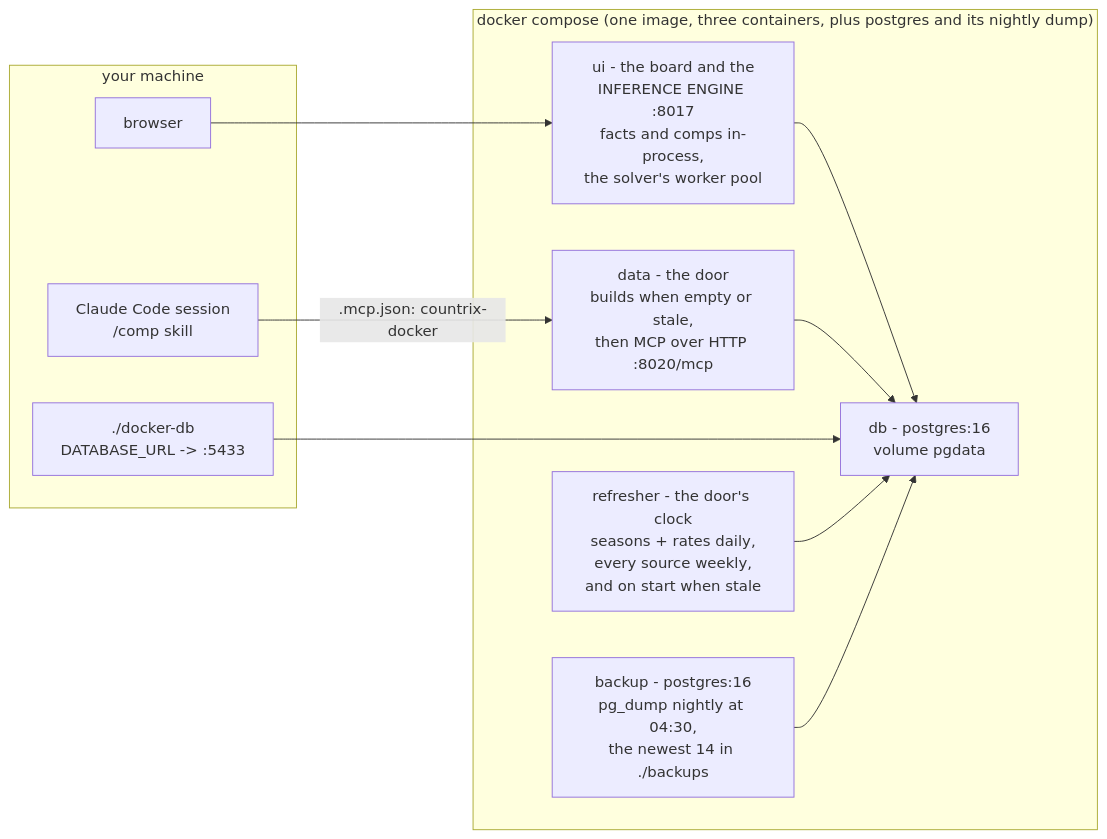
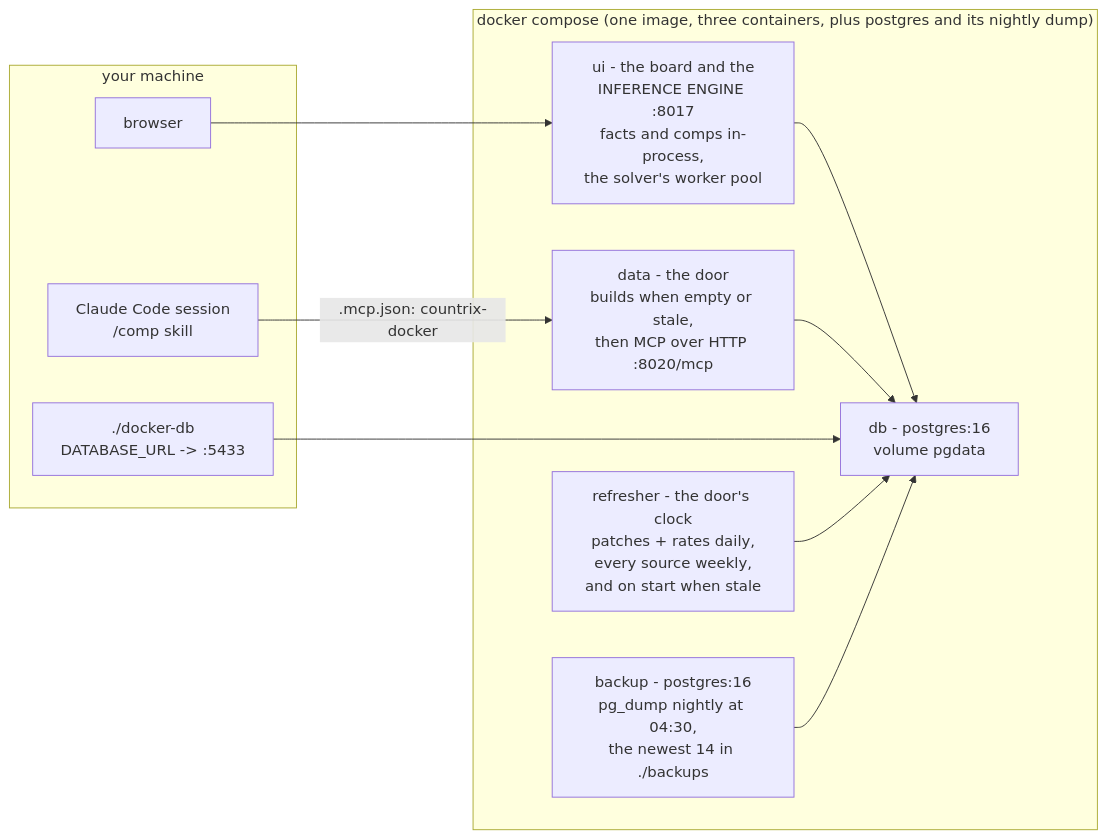
The second of 2 diagrams in docs/architecture.md (mmikol/countrix), drawn with Mermaid before and after one commit. The commit also changed other lines of this file and 53 other files, not shown here.

````diff
--- a/docs/architecture.md
+++ b/docs/architecture.md
@@ -120,22 +120,22 @@
 ```mermaid
 flowchart LR
     subgraph HOST["your machine"]
         SESSION["Claude Code session<br/>/comp skill"]
         BROWSER["browser"]
         SHELL["./docker-db<br/>DATABASE_URL -> :5433"]
     end
     subgraph DOCKER["docker compose (one image, three containers, plus postgres and its nightly dump)"]
         DATA["data - the door<br/>builds when empty or stale,<br/>then MCP over HTTP :8020/mcp"]
         UI["ui - the board and the<br/>INFERENCE ENGINE :8017<br/>facts and comps in-process,<br/>the solver's worker pool"]
         DBC["db - postgres:16<br/>volume pgdata"]
-        REF["refresher - the door's clock<br/>seasons + rates daily,<br/>every source weekly,<br/>and on start when stale"]
+        REF["refresher - the door's clock<br/>patches + rates daily,<br/>every source weekly,<br/>and on start when stale"]
         BAK["backup - postgres:16<br/>pg_dump nightly at 04:30,<br/>the newest 14 in ./backups"]
     end
     SESSION -->|".mcp.json: countrix-docker"| DATA
     BROWSER --> UI
     UI --> DBC
     DATA --> DBC
     SHELL --> DBC
     REF --> DBC
     BAK --> DBC
 ```
````
